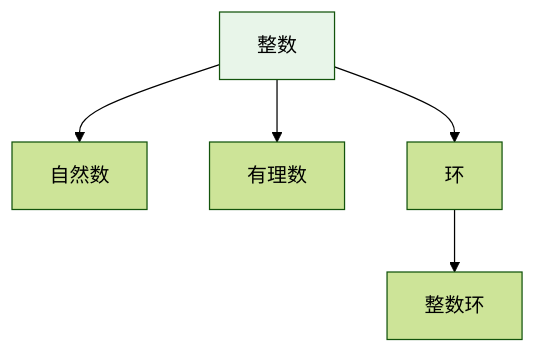
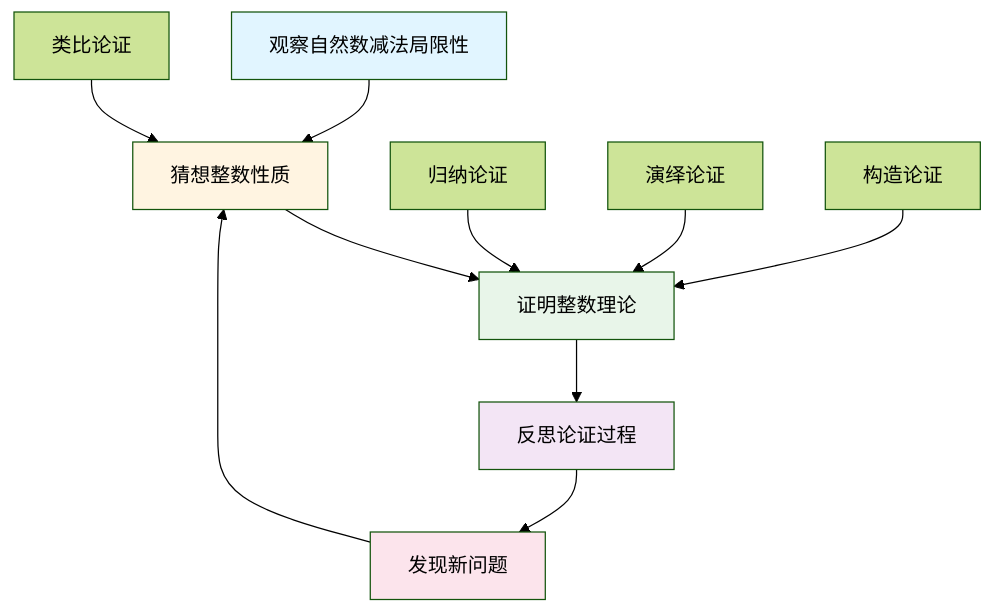
One commit to AdaMartin18010/FormalMath changed the fifth of 10 diagrams in concept/核心概念/04-整数.md. Above: the diagram before and after it, drawn with Mermaid (forest theme). The commit also changed other lines of this file and 4793 other files, not shown here.

````diff
--- a/concept/核心概念/04-整数.md
+++ b/concept/核心概念/04-整数.md
@@ -845,9 +1572,19 @@
 ```mermaid
 graph TD
-    A[整数] --> B[自然数]
-    A --> C[有理数]
-    A --> D[环]
-    D --> E[整数环]
+    A[观察自然数减法局限性] --> B[猜想整数性质]
+    B --> C[证明整数理论]
+    C --> D[反思论证过程]
+    D --> E[发现新问题]
+    E --> B
 
-    style A fill:#e8f5e9
+    F[归纳论证] --> C
+    G[演绎论证] --> C
+    H[类比论证] --> B
+    I[构造论证] --> C
+
+    style A fill:#e1f5ff
+    style B fill:#fff4e1
+    style C fill:#e8f5e9
+    style D fill:#f3e5f5
+    style E fill:#fce4ec
 ```
````
